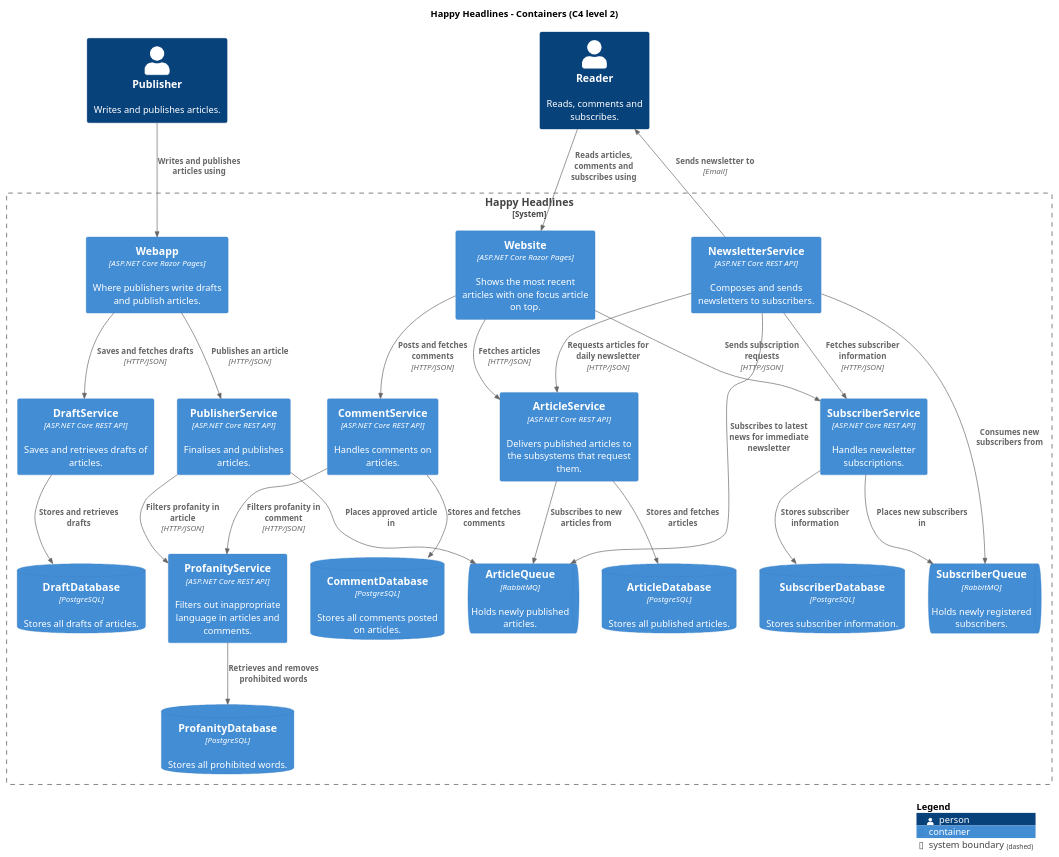
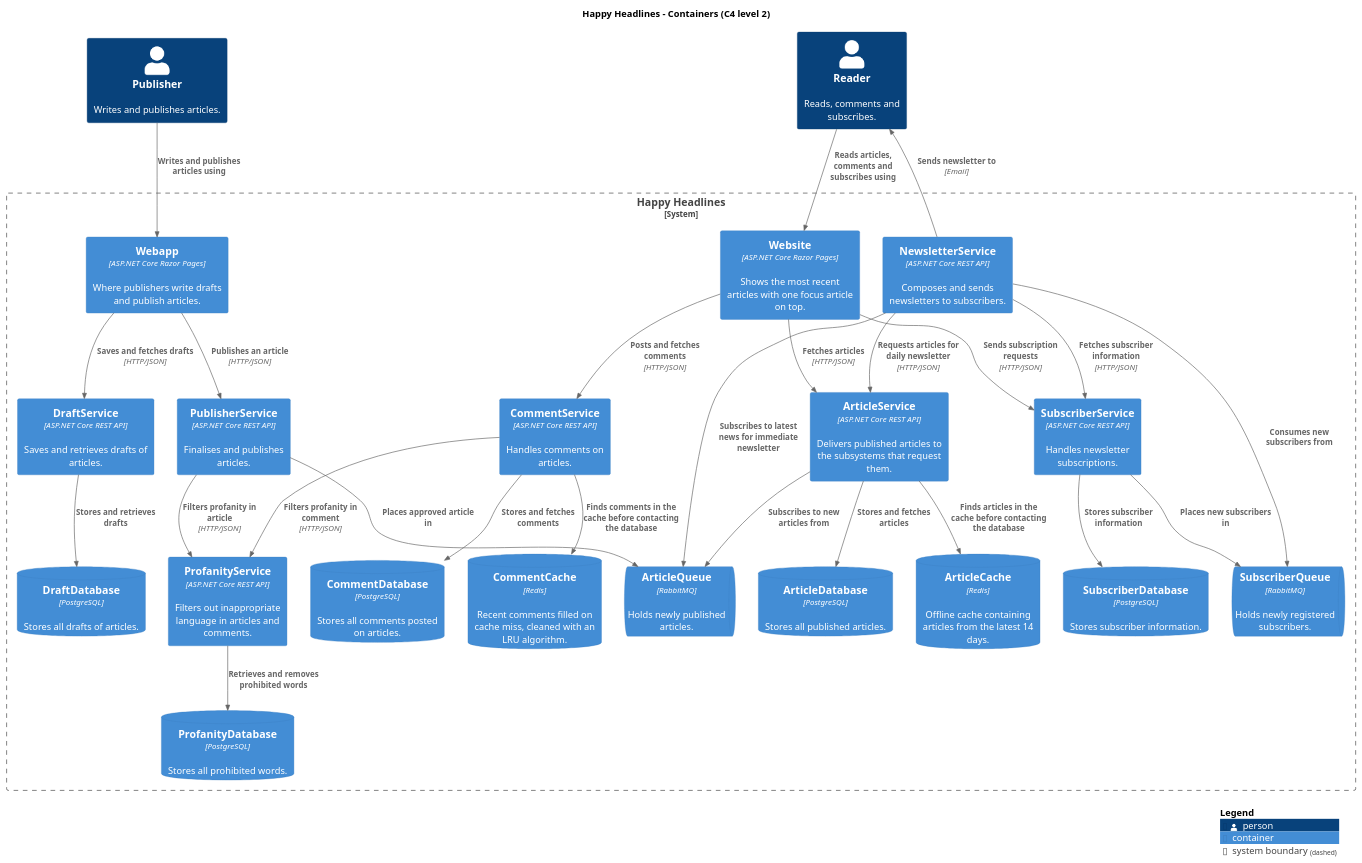
The diagram in docs/c4/container.puml (Davud05/happyheadlines), drawn with PlantUML before and after one commit. The commit also changed 16 other files, not shown here.

First line of the commit message:
Add Redis article and comment caches with Grafana hit ratio dashboard

```diff
--- a/docs/c4/container.puml
+++ b/docs/c4/container.puml
@@ -1,68 +1,72 @@
 @startuml container
 !include <C4/C4_Container>
 
 LAYOUT_TOP_DOWN()
 
 title Happy Headlines - Containers (C4 level 2)
 
 Person(publisher, "Publisher", "Writes and publishes articles.")
 Person(reader, "Reader", "Reads, comments and subscribes.")
 
 System_Boundary(hh, "Happy Headlines") {
     Container(webapp, "Webapp", "ASP.NET Core Razor Pages", "Where publishers write drafts and publish articles.")
     Container(website, "Website", "ASP.NET Core Razor Pages", "Shows the most recent articles with one focus article on top.")
 
     Container(draftService, "DraftService", "ASP.NET Core REST API", "Saves and retrieves drafts of articles.")
     ContainerDb(draftDb, "DraftDatabase", "PostgreSQL", "Stores all drafts of articles.")
 
     Container(publisherService, "PublisherService", "ASP.NET Core REST API", "Finalises and publishes articles.")
     Container(profanityService, "ProfanityService", "ASP.NET Core REST API", "Filters out inappropriate language in articles and comments.")
     ContainerDb(profanityDb, "ProfanityDatabase", "PostgreSQL", "Stores all prohibited words.")
 
     ContainerQueue(articleQueue, "ArticleQueue", "RabbitMQ", "Holds newly published articles.")
     Container(articleService, "ArticleService", "ASP.NET Core REST API", "Delivers published articles to the subsystems that request them.")
     ContainerDb(articleDb, "ArticleDatabase", "PostgreSQL", "Stores all published articles.")
+    ContainerDb(articleCache, "ArticleCache", "Redis", "Offline cache containing articles from the latest 14 days.")
 
     Container(commentService, "CommentService", "ASP.NET Core REST API", "Handles comments on articles.")
     ContainerDb(commentDb, "CommentDatabase", "PostgreSQL", "Stores all comments posted on articles.")
+    ContainerDb(commentCache, "CommentCache", "Redis", "Recent comments filled on cache miss, cleaned with an LRU algorithm.")
 
     Container(subscriberService, "SubscriberService", "ASP.NET Core REST API", "Handles newsletter subscriptions.")
     ContainerDb(subscriberDb, "SubscriberDatabase", "PostgreSQL", "Stores subscriber information.")
     ContainerQueue(subscriberQueue, "SubscriberQueue", "RabbitMQ", "Holds newly registered subscribers.")
 
     Container(newsletterService, "NewsletterService", "ASP.NET Core REST API", "Composes and sends newsletters to subscribers.")
 }
 
 Rel(publisher, webapp, "Writes and publishes articles using")
 Rel(reader, website, "Reads articles, comments and subscribes using")
 
 Rel(webapp, draftService, "Saves and fetches drafts", "HTTP/JSON")
 Rel(draftService, draftDb, "Stores and retrieves drafts")
 
 Rel(webapp, publisherService, "Publishes an article", "HTTP/JSON")
 Rel(publisherService, profanityService, "Filters profanity in article", "HTTP/JSON")
 Rel(publisherService, articleQueue, "Places approved article in")
 
 Rel(profanityService, profanityDb, "Retrieves and removes prohibited words")
 
 Rel(articleService, articleQueue, "Subscribes to new articles from")
 Rel(articleService, articleDb, "Stores and fetches articles")
+Rel(articleService, articleCache, "Finds articles in the cache before contacting the database")
 
 Rel(website, articleService, "Fetches articles", "HTTP/JSON")
 Rel(website, commentService, "Posts and fetches comments", "HTTP/JSON")
 Rel(website, subscriberService, "Sends subscription requests", "HTTP/JSON")
 
 Rel(commentService, profanityService, "Filters profanity in comment", "HTTP/JSON")
 Rel(commentService, commentDb, "Stores and fetches comments")
+Rel(commentService, commentCache, "Finds comments in the cache before contacting the database")
 
 Rel(subscriberService, subscriberDb, "Stores subscriber information")
 Rel(subscriberService, subscriberQueue, "Places new subscribers in")
 
 Rel(newsletterService, subscriberQueue, "Consumes new subscribers from")
 Rel(newsletterService, articleQueue, "Subscribes to latest news for immediate newsletter")
 Rel(newsletterService, articleService, "Requests articles for daily newsletter", "HTTP/JSON")
 Rel(newsletterService, subscriberService, "Fetches subscriber information", "HTTP/JSON")
 Rel(newsletterService, reader, "Sends newsletter to", "Email")
 
 SHOW_LEGEND()
 @enduml
```
